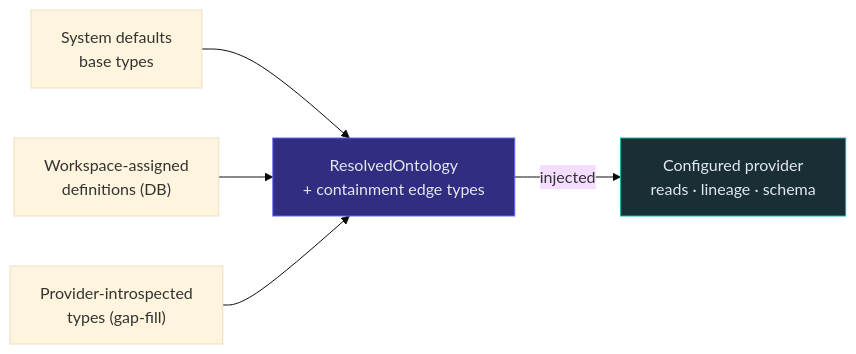
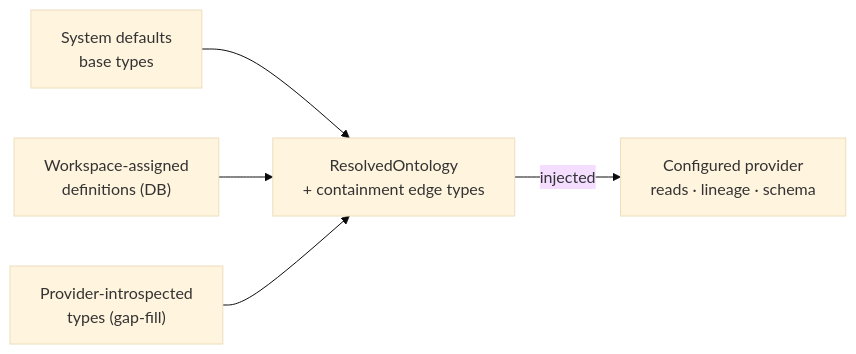
One commit to rkrumins/dataviz changed the diagram in docs/services/CONTEXT_ENGINE.md. Above: the diagram before and after it, drawn with Mermaid (base theme). The commit also changed 46 other files, not shown here.

````diff
--- a/docs/services/CONTEXT_ENGINE.md
+++ b/docs/services/CONTEXT_ENGINE.md
@@ -36,16 +36,14 @@
 ```mermaid
 flowchart LR
     SD["System defaults<br/>base types"]
     AO["Workspace-assigned<br/>definitions (DB)"]
     IT["Provider-introspected<br/>types (gap-fill)"]
     RO["ResolvedOntology<br/>+ containment edge types"]
     P["Configured provider<br/>reads · lineage · schema"]
 
     SD --> RO
     AO --> RO
     IT --> RO
     RO -->|injected| P
 
-    style RO fill:#312e81,stroke:#6366f1,color:#e2e8f0
-    style P fill:#1a2e35,stroke:#14b8a6,color:#e2e8f0
 ```
````
